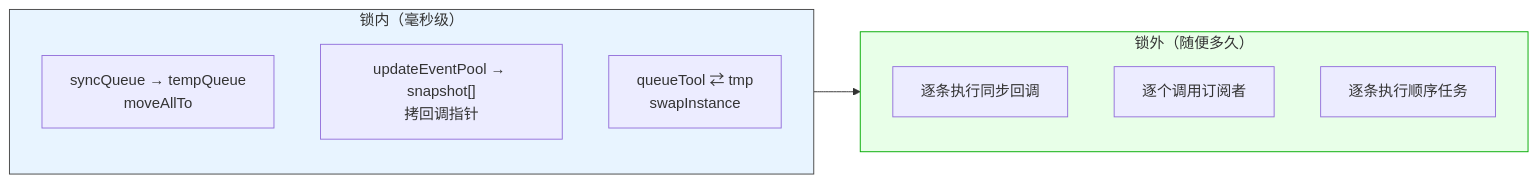
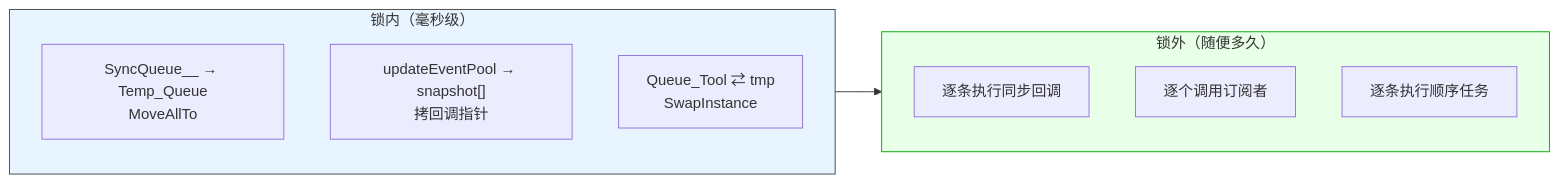
One commit to PassByYou888/LingoFuse changed the diagram in doc/LF_SwapUnderLock.md. Above: the diagram before and after it, drawn with Mermaid. The commit also changed other lines of this file, not shown here.

````diff
--- a/doc/LF_SwapUnderLock.md
+++ b/doc/LF_SwapUnderLock.md
@@ -7,17 +9,17 @@
 ```mermaid
 flowchart LR
     subgraph Lock["锁内（毫秒级）"]
-        A1["syncQueue → tempQueue<br/>moveAllTo"]
+        A1["SyncQueue__ → Temp_Queue<br/>MoveAllTo"]
         A2["updateEventPool → snapshot[]<br/>拷回调指针"]
-        A3["queueTool ⇄ tmp<br/>swapInstance"]
+        A3["Queue_Tool ⇄ tmp<br/>SwapInstance"]
     end
     subgraph Work["锁外（随便多久）"]
         B1["逐条执行同步回调"]
         B2["逐个调用订阅者"]
         B3["逐条执行顺序任务"]
     end
     Lock --> Work
 
     style Lock fill:#e8f4ff,stroke:#444
     style Work fill:#e8ffe8,stroke:#0a0
 ```
````
